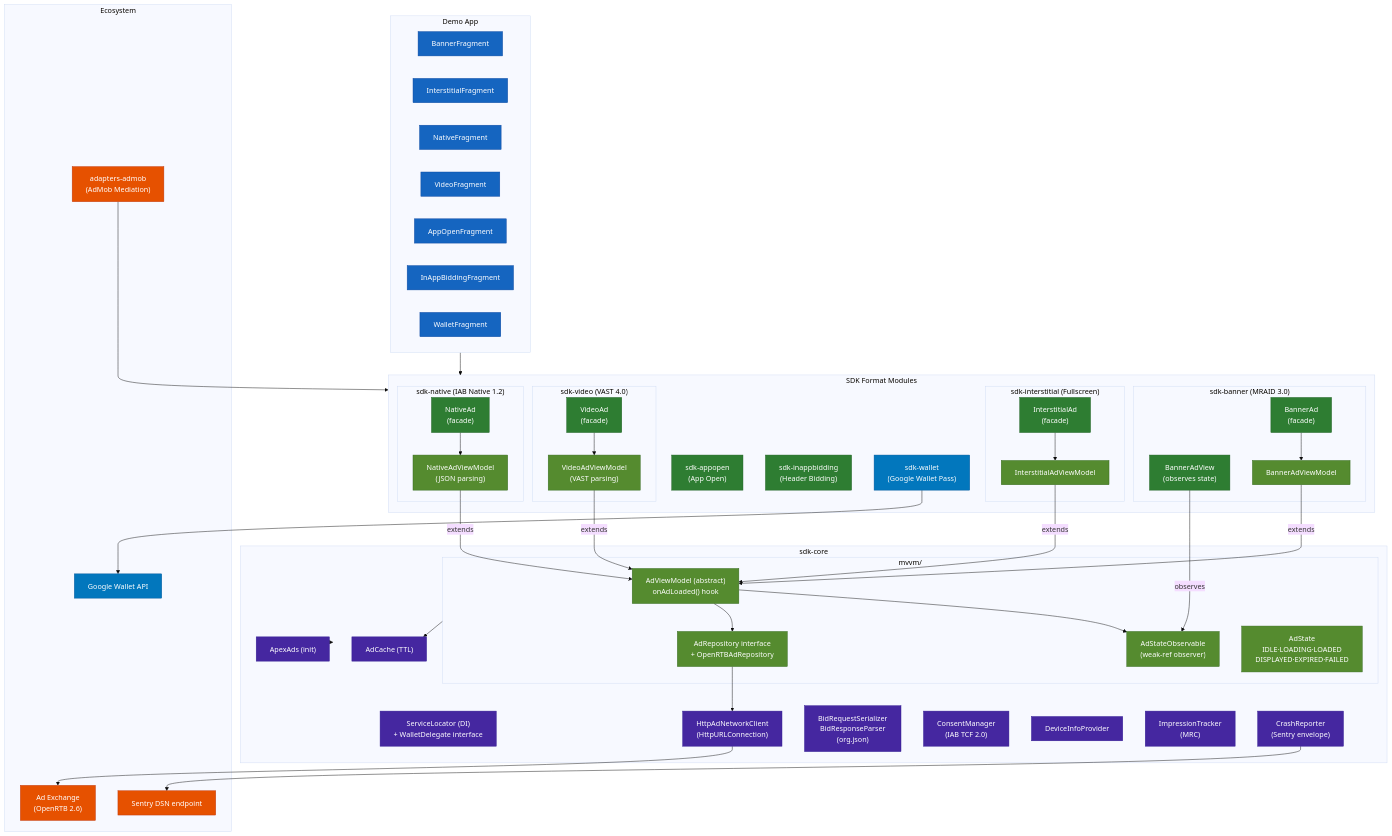
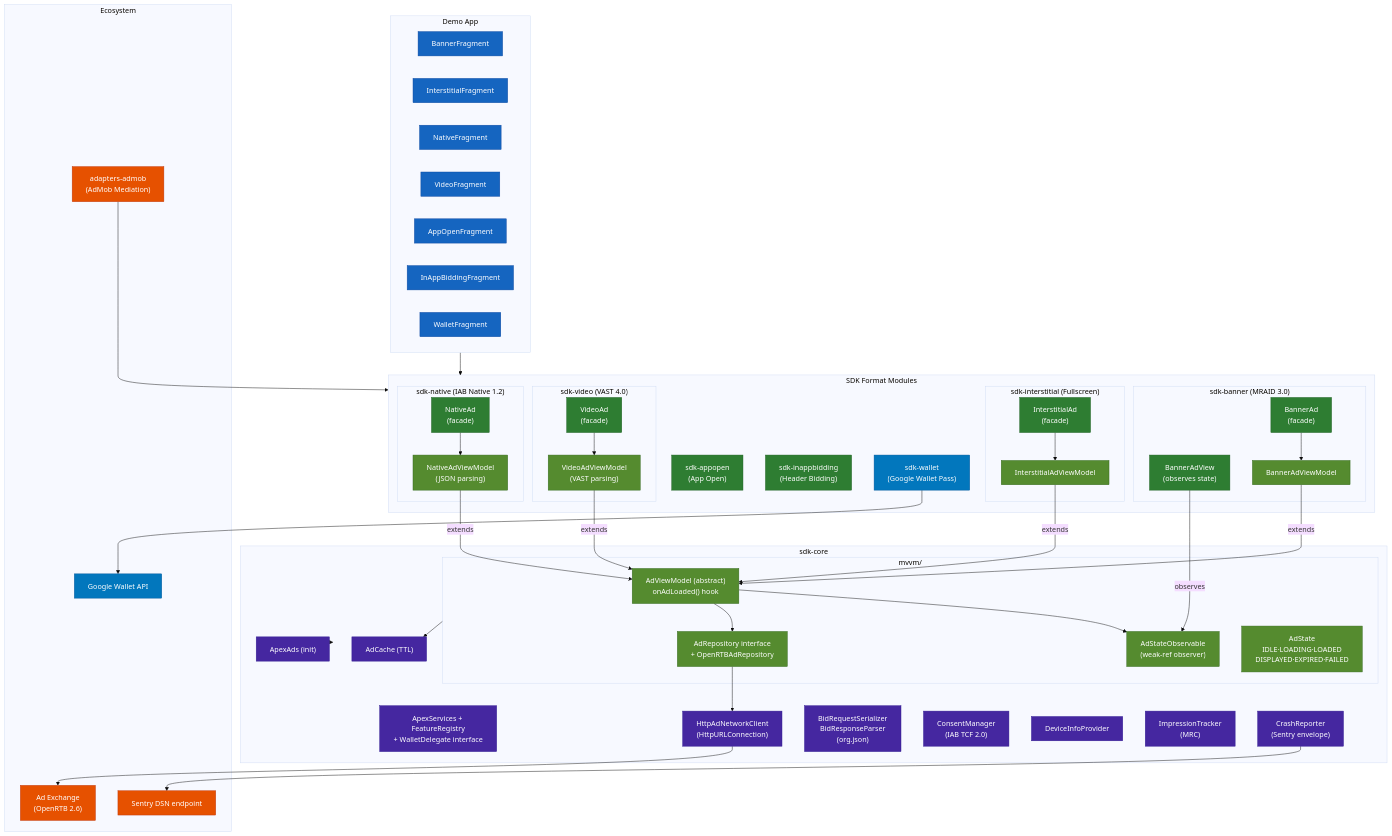
One commit to Madroid2/apex-ad-sdk-android changed the first of 6 diagrams in README.md. Above: the diagram before and after it, drawn with Mermaid (base theme). The commit also changed other lines of this file and 37 other files, not shown here.

```diff
--- a/README.md
+++ b/README.md
@@ -269,7 +265,7 @@
             STATE["AdState\nIDLE·LOADING·LOADED\nDISPLAYED·EXPIRED·FAILED"]:::mvvm
         end
         ENTRY["ApexAds (init)"]:::core
-        DI["ServiceLocator (DI)\n+ WalletDelegate interface"]:::core
+        DI["ApexServices + FeatureRegistry\n+ WalletDelegate interface"]:::core
         NET["HttpAdNetworkClient\n(HttpURLConnection)"]:::core
         PARSE["BidRequestSerializer\nBidResponseParser\n(org.json)"]:::core
         CACHE["AdCache (TTL)"]:::core
```
